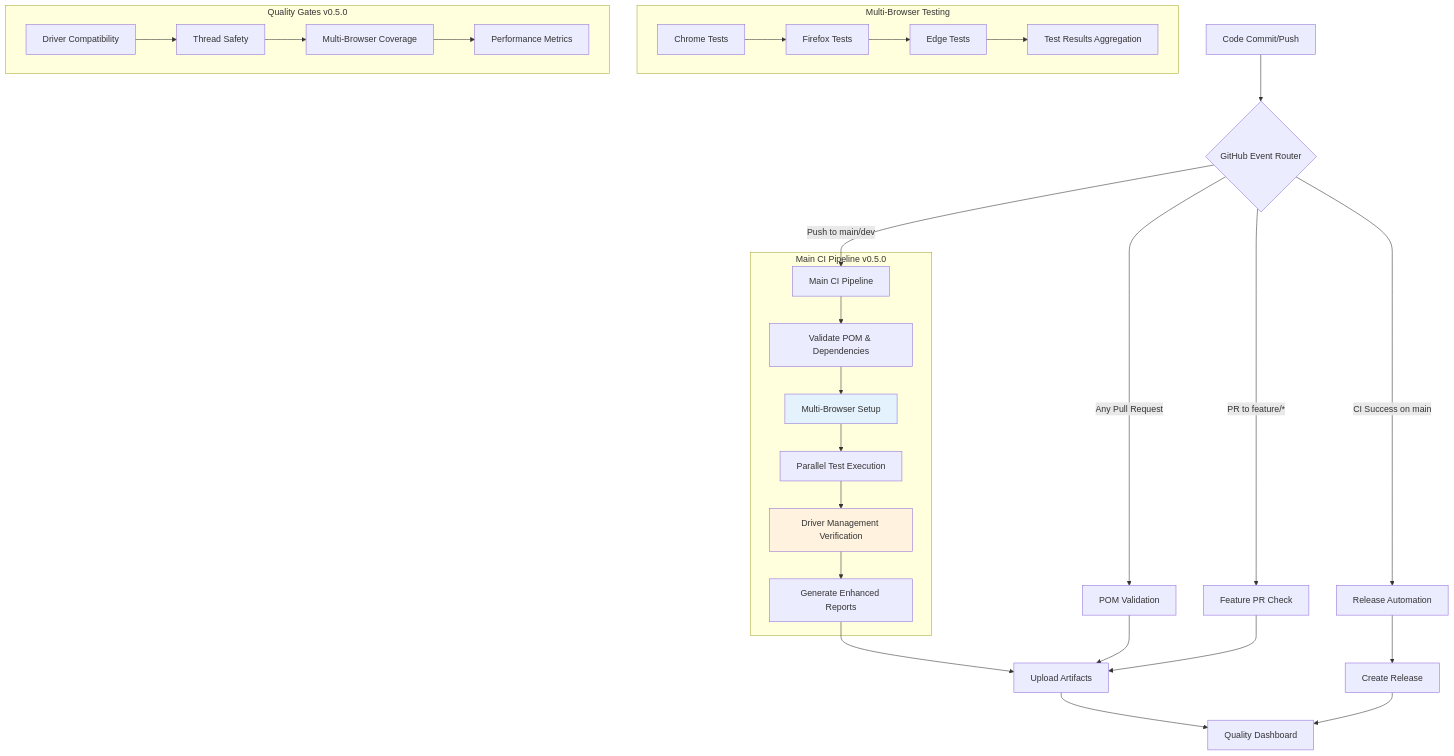
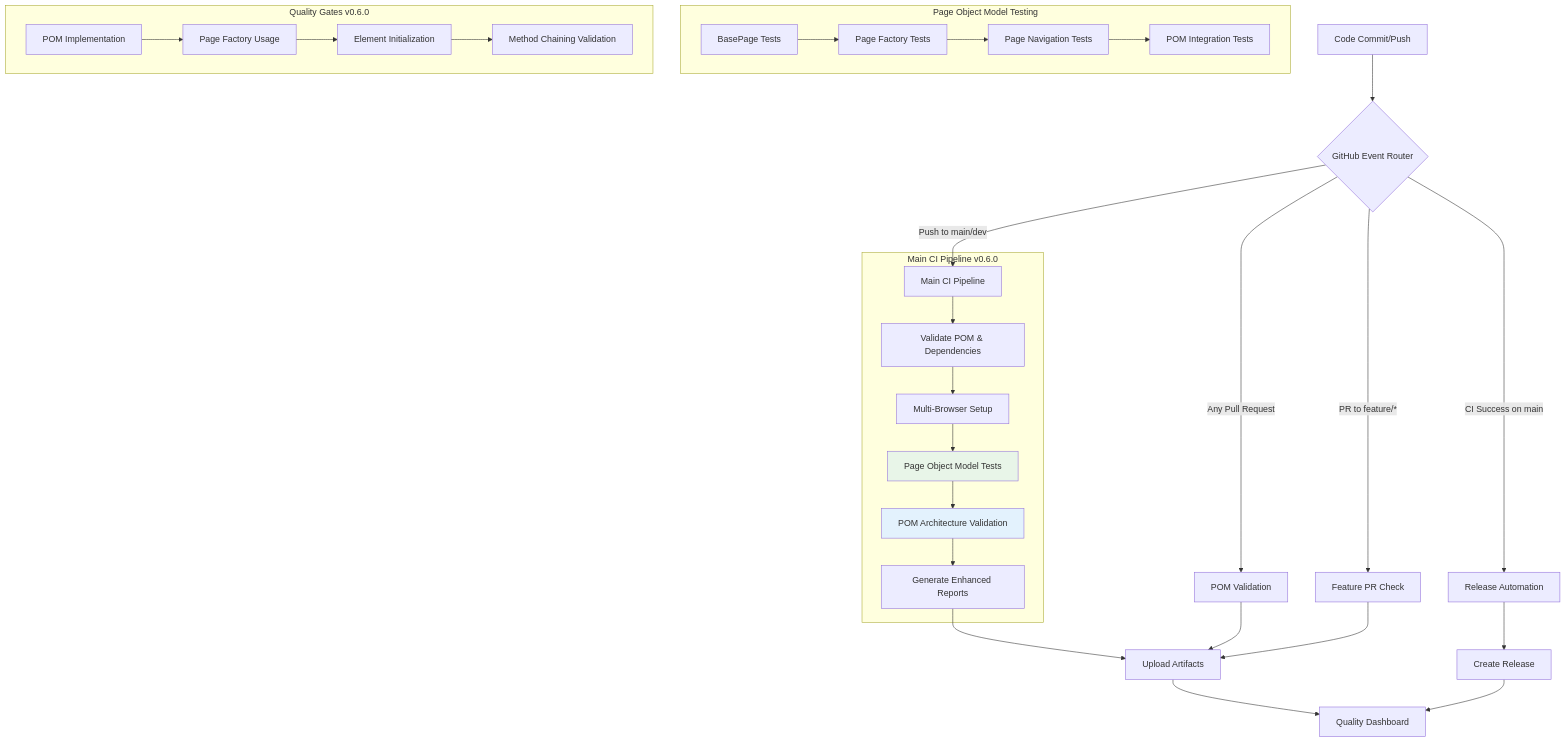
Before and after one commit to Anuj-Patiyal/hybrid-framework: the ninth of 12 diagrams in README.md, drawn with Mermaid. The commit also changed other lines of this file and 8 other files, not shown here.

First line of the commit message:
🎯 [RELEASE] 🚀 v0.6.0 - Page Object Model Release (#33)

````diff
--- a/README.md
+++ b/README.md
@@ -427,40 +470,40 @@
 ```mermaid
 flowchart TD
     A[Code Commit/Push] --> B{GitHub Event Router}
     
     B -->|Push to main/dev| C[Main CI Pipeline]
     B -->|Any Pull Request| D[POM Validation]
     B -->|PR to feature/*| E[Feature PR Check]
     B -->|CI Success on main| F[Release Automation]
     
-    subgraph "Main CI Pipeline v0.5.0"
+    subgraph "Main CI Pipeline v0.6.0"
         C --> C1[Validate POM & Dependencies]
         C1 --> C2[Multi-Browser Setup]
-        C2 --> C3[Parallel Test Execution]
-        C3 --> C4[Driver Management Verification]
+        C2 --> C3[Page Object Model Tests]
+        C3 --> C4[POM Architecture Validation]
         C4 --> C5[Generate Enhanced Reports]
     end
     
-    subgraph "Multi-Browser Testing"
-        M1[Chrome Tests] --> M2[Firefox Tests]
-        M2 --> M3[Edge Tests]
-        M3 --> M4[Test Results Aggregation]
+    subgraph "Page Object Model Testing"
+        M1[BasePage Tests] --> M2[Page Factory Tests]
+        M2 --> M3[Page Navigation Tests]
+        M3 --> M4[POM Integration Tests]
     end
     
-    subgraph "Quality Gates v0.5.0"
-        Q1[Driver Compatibility] --> Q2[Thread Safety]
-        Q2 --> Q3[Multi-Browser Coverage]
-        Q3 --> Q4[Performance Metrics]
+    subgraph "Quality Gates v0.6.0"
+        Q1[POM Implementation] --> Q2[Page Factory Usage]
+        Q2 --> Q3[Element Initialization]
+        Q3 --> Q4[Method Chaining Validation]
     end
     
     C5 --> G[Upload Artifacts]
     D --> G
     E --> G
     F --> H[Create Release]
     
     G --> I[Quality Dashboard]
     H --> I
     
-    style C2 fill:#e3f2fd
-    style C4 fill:#fff3e0
+    style C3 fill:#e8f5e8
+    style C4 fill:#e3f2fd
 ```
````
